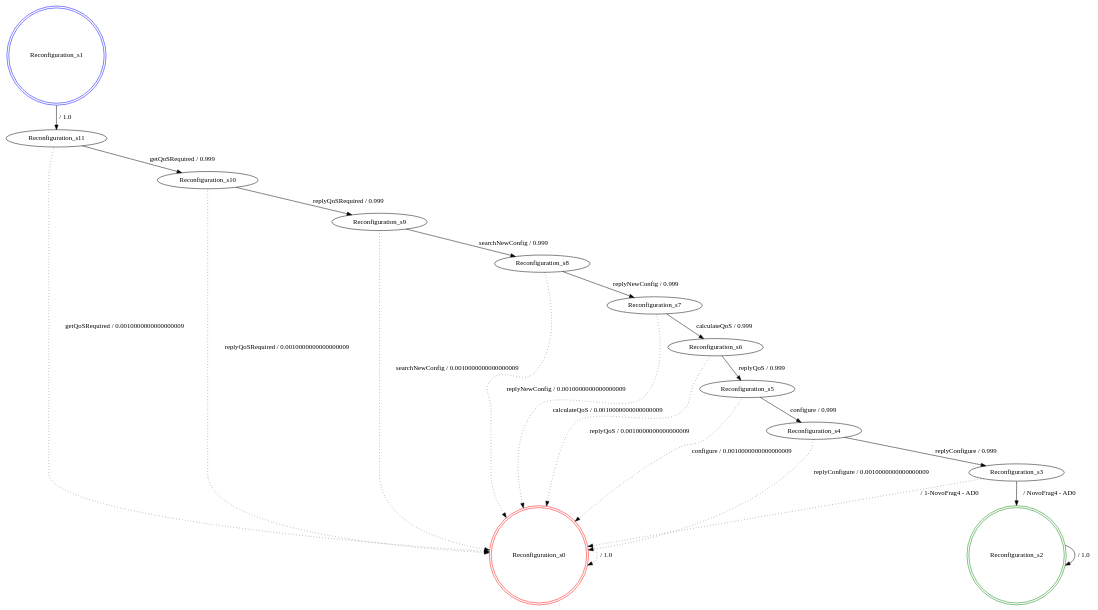
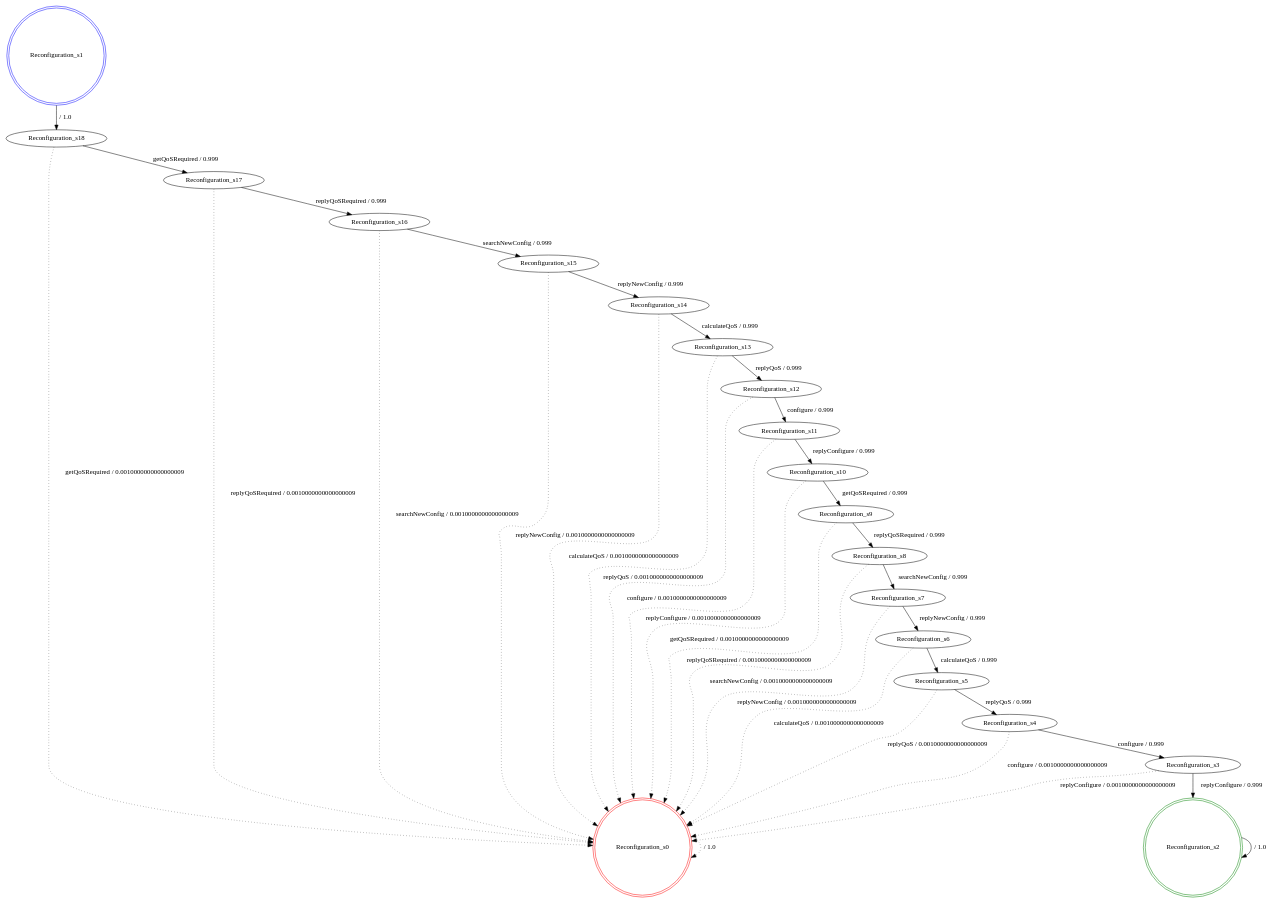
Before and after one commit to SPLMC/spl-generator: the diagram in src/generatedModels/1/fdtmc_Reconfiguration.dot, drawn with Graphviz. The commit also changed 80 other files, not shown here.

```diff
--- a/src/generatedModels/1/fdtmc_Reconfiguration.dot
+++ b/src/generatedModels/1/fdtmc_Reconfiguration.dot
@@ -1,35 +1,56 @@
 digraph graphname {
 Reconfiguration_s0 [label="Reconfiguration_s0",color=red,shape=doublecircle ];
 Reconfiguration_s1 [label="Reconfiguration_s1",color=blue,shape=doublecircle ];
 Reconfiguration_s2 [label="Reconfiguration_s2",color=green,shape=doublecircle ];
 Reconfiguration_s3 [label="Reconfiguration_s3" ];
 Reconfiguration_s4 [label="Reconfiguration_s4" ];
 Reconfiguration_s5 [label="Reconfiguration_s5" ];
 Reconfiguration_s6 [label="Reconfiguration_s6" ];
 Reconfiguration_s7 [label="Reconfiguration_s7" ];
 Reconfiguration_s8 [label="Reconfiguration_s8" ];
 Reconfiguration_s9 [label="Reconfiguration_s9" ];
 Reconfiguration_s10 [label="Reconfiguration_s10" ];
 Reconfiguration_s11 [label="Reconfiguration_s11" ];
+Reconfiguration_s12 [label="Reconfiguration_s12" ];
+Reconfiguration_s13 [label="Reconfiguration_s13" ];
+Reconfiguration_s14 [label="Reconfiguration_s14" ];
+Reconfiguration_s15 [label="Reconfiguration_s15" ];
+Reconfiguration_s16 [label="Reconfiguration_s16" ];
+Reconfiguration_s17 [label="Reconfiguration_s17" ];
+Reconfiguration_s18 [label="Reconfiguration_s18" ];
 Reconfiguration_s0 -> Reconfiguration_s0 [label=" / 1.0", style=dotted];
-Reconfiguration_s1 -> Reconfiguration_s11 [label=" / 1.0"];
+Reconfiguration_s1 -> Reconfiguration_s18 [label=" / 1.0"];
 Reconfiguration_s2 -> Reconfiguration_s2 [label=" / 1.0"];
-Reconfiguration_s3 -> Reconfiguration_s2 [label=" / NovoFrag4 - AD0"];
-Reconfiguration_s3 -> Reconfiguration_s0 [label=" / 1-NovoFrag4 - AD0", style=dotted];
-Reconfiguration_s4 -> Reconfiguration_s3 [label="replyConfigure / 0.999"];
-Reconfiguration_s4 -> Reconfiguration_s0 [label="replyConfigure / 0.0010000000000000009", style=dotted];
-Reconfiguration_s5 -> Reconfiguration_s4 [label="configure / 0.999"];
-Reconfiguration_s5 -> Reconfiguration_s0 [label="configure / 0.0010000000000000009", style=dotted];
-Reconfiguration_s6 -> Reconfiguration_s5 [label="replyQoS / 0.999"];
-Reconfiguration_s6 -> Reconfiguration_s0 [label="replyQoS / 0.0010000000000000009", style=dotted];
-Reconfiguration_s7 -> Reconfiguration_s6 [label="calculateQoS / 0.999"];
-Reconfiguration_s7 -> Reconfiguration_s0 [label="calculateQoS / 0.0010000000000000009", style=dotted];
-Reconfiguration_s8 -> Reconfiguration_s7 [label="replyNewConfig / 0.999"];
-Reconfiguration_s8 -> Reconfiguration_s0 [label="replyNewConfig / 0.0010000000000000009", style=dotted];
-Reconfiguration_s9 -> Reconfiguration_s8 [label="searchNewConfig / 0.999"];
-Reconfiguration_s9 -> Reconfiguration_s0 [label="searchNewConfig / 0.0010000000000000009", style=dotted];
-Reconfiguration_s10 -> Reconfiguration_s9 [label="replyQoSRequired / 0.999"];
-Reconfiguration_s10 -> Reconfiguration_s0 [label="replyQoSRequired / 0.0010000000000000009", style=dotted];
-Reconfiguration_s11 -> Reconfiguration_s10 [label="getQoSRequired / 0.999"];
-Reconfiguration_s11 -> Reconfiguration_s0 [label="getQoSRequired / 0.0010000000000000009", style=dotted];
+Reconfiguration_s3 -> Reconfiguration_s2 [label="replyConfigure / 0.999"];
+Reconfiguration_s3 -> Reconfiguration_s0 [label="replyConfigure / 0.0010000000000000009", style=dotted];
+Reconfiguration_s4 -> Reconfiguration_s3 [label="configure / 0.999"];
+Reconfiguration_s4 -> Reconfiguration_s0 [label="configure / 0.0010000000000000009", style=dotted];
+Reconfiguration_s5 -> Reconfiguration_s4 [label="replyQoS / 0.999"];
+Reconfiguration_s5 -> Reconfiguration_s0 [label="replyQoS / 0.0010000000000000009", style=dotted];
+Reconfiguration_s6 -> Reconfiguration_s5 [label="calculateQoS / 0.999"];
+Reconfiguration_s6 -> Reconfiguration_s0 [label="calculateQoS / 0.0010000000000000009", style=dotted];
+Reconfiguration_s7 -> Reconfiguration_s6 [label="replyNewConfig / 0.999"];
+Reconfiguration_s7 -> Reconfiguration_s0 [label="replyNewConfig / 0.0010000000000000009", style=dotted];
+Reconfiguration_s8 -> Reconfiguration_s7 [label="searchNewConfig / 0.999"];
+Reconfiguration_s8 -> Reconfiguration_s0 [label="searchNewConfig / 0.0010000000000000009", style=dotted];
+Reconfiguration_s9 -> Reconfiguration_s8 [label="replyQoSRequired / 0.999"];
+Reconfiguration_s9 -> Reconfiguration_s0 [label="replyQoSRequired / 0.0010000000000000009", style=dotted];
+Reconfiguration_s10 -> Reconfiguration_s9 [label="getQoSRequired / 0.999"];
+Reconfiguration_s10 -> Reconfiguration_s0 [label="getQoSRequired / 0.0010000000000000009", style=dotted];
+Reconfiguration_s11 -> Reconfiguration_s10 [label="replyConfigure / 0.999"];
+Reconfiguration_s11 -> Reconfiguration_s0 [label="replyConfigure / 0.0010000000000000009", style=dotted];
+Reconfiguration_s12 -> Reconfiguration_s11 [label="configure / 0.999"];
+Reconfiguration_s12 -> Reconfiguration_s0 [label="configure / 0.0010000000000000009", style=dotted];
+Reconfiguration_s13 -> Reconfiguration_s12 [label="replyQoS / 0.999"];
+Reconfiguration_s13 -> Reconfiguration_s0 [label="replyQoS / 0.0010000000000000009", style=dotted];
+Reconfiguration_s14 -> Reconfiguration_s13 [label="calculateQoS / 0.999"];
+Reconfiguration_s14 -> Reconfiguration_s0 [label="calculateQoS / 0.0010000000000000009", style=dotted];
+Reconfiguration_s15 -> Reconfiguration_s14 [label="replyNewConfig / 0.999"];
+Reconfiguration_s15 -> Reconfiguration_s0 [label="replyNewConfig / 0.0010000000000000009", style=dotted];
+Reconfiguration_s16 -> Reconfiguration_s15 [label="searchNewConfig / 0.999"];
+Reconfiguration_s16 -> Reconfiguration_s0 [label="searchNewConfig / 0.0010000000000000009", style=dotted];
+Reconfiguration_s17 -> Reconfiguration_s16 [label="replyQoSRequired / 0.999"];
+Reconfiguration_s17 -> Reconfiguration_s0 [label="replyQoSRequired / 0.0010000000000000009", style=dotted];
+Reconfiguration_s18 -> Reconfiguration_s17 [label="getQoSRequired / 0.999"];
+Reconfiguration_s18 -> Reconfiguration_s0 [label="getQoSRequired / 0.0010000000000000009", style=dotted];
 }
```
